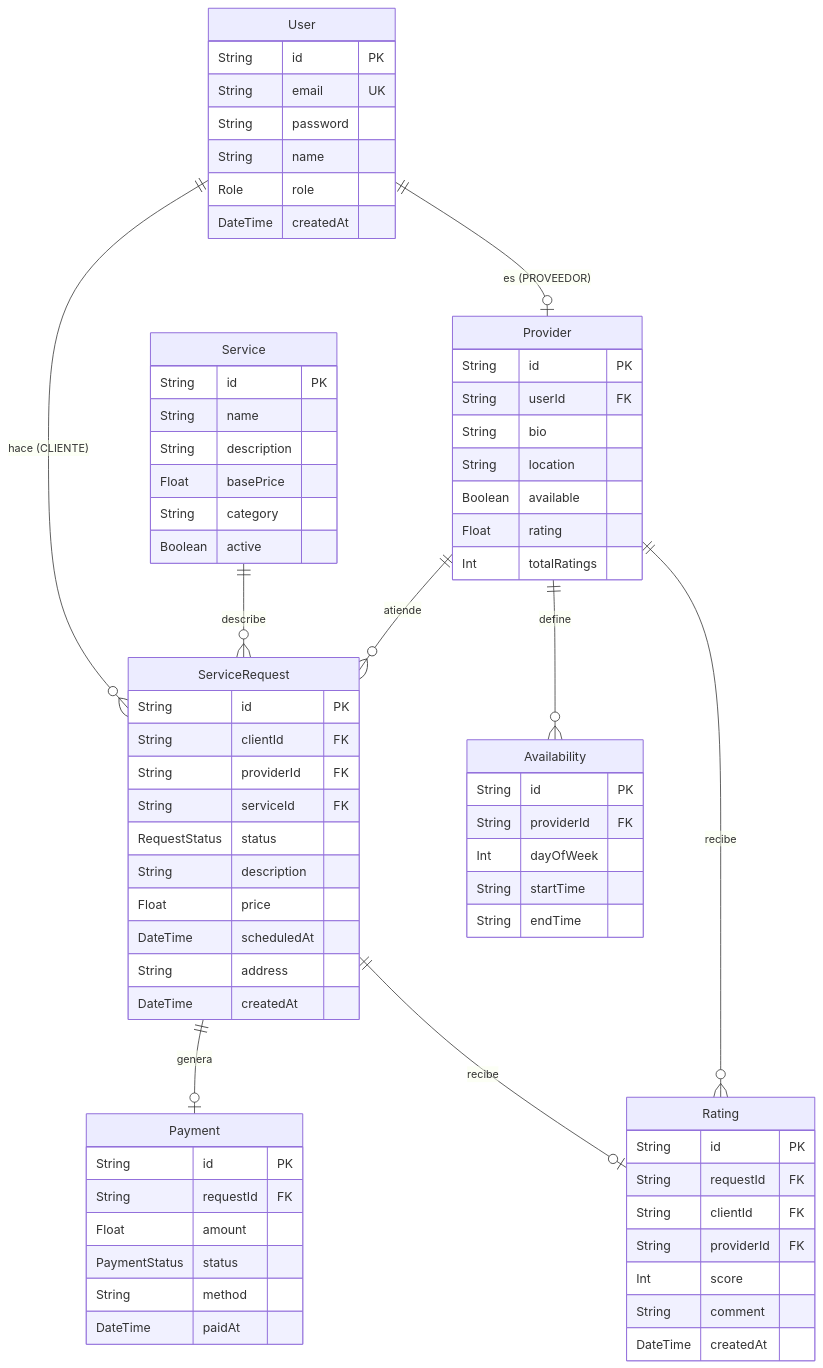
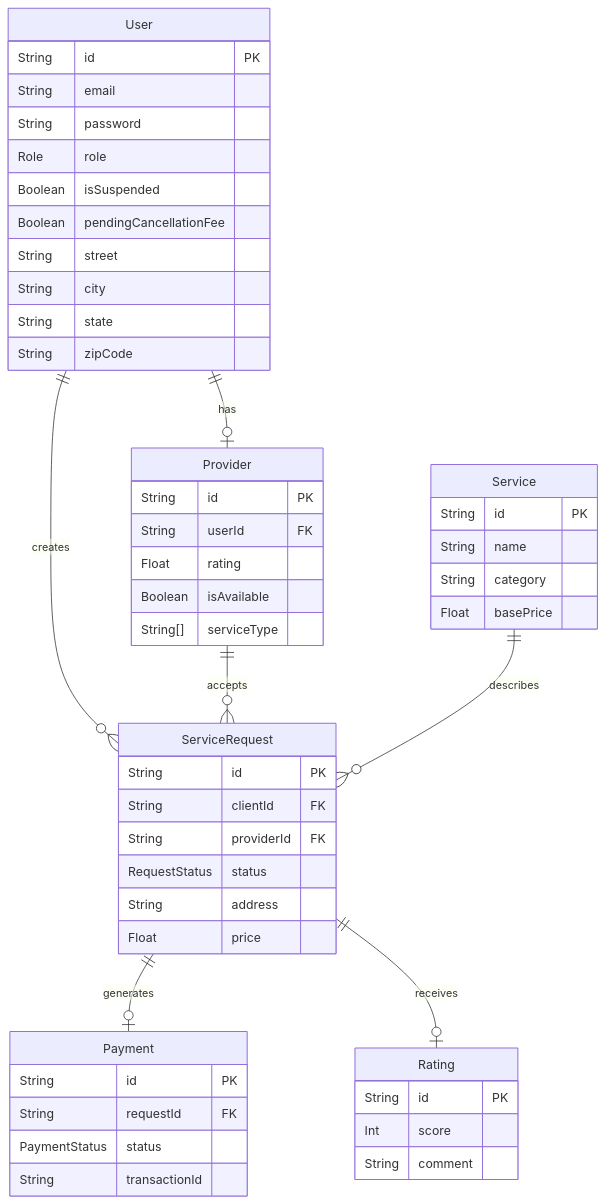
The second of 4 diagrams in servicios-app/README.md (CamiloVe218/e7_backend), drawn with Mermaid before and after one commit. The commit also changed other lines of this file, not shown here.

````diff
--- a/servicios-app/README.md
+++ b/servicios-app/README.md
@@ -75,73 +112,59 @@
 ```mermaid
 erDiagram
     User {
         String id PK
-        String email UK
+        String email
         String password
-        String name
         Role role
-        DateTime createdAt
+        Boolean isSuspended
+        Boolean pendingCancellationFee
+        String street
+        String city
+        String state
+        String zipCode
     }
+
     Provider {
         String id PK
         String userId FK
-        String bio
-        String location
-        Boolean available
         Float rating
-        Int totalRatings
+        Boolean isAvailable
+        String[] serviceType
     }
+
     Service {
         String id PK
         String name
-        String description
+        String category
         Float basePrice
-        String category
-        Boolean active
     }
+
     ServiceRequest {
         String id PK
         String clientId FK
         String providerId FK
-        String serviceId FK
         RequestStatus status
-        String description
+        String address
         Float price
-        DateTime scheduledAt
-        String address
-        DateTime createdAt
     }
+
     Payment {
         String id PK
         String requestId FK
-        Float amount
         PaymentStatus status
-        String method
-        DateTime paidAt
+        String transactionId
     }
+
     Rating {
         String id PK
-        String requestId FK
-        String clientId FK
-        String providerId FK
         Int score
         String comment
-        DateTime createdAt
-    }
-    Availability {
-        String id PK
-        String providerId FK
-        Int dayOfWeek
-        String startTime
-        String endTime
     }
 
-    User ||--o{ ServiceRequest : "hace (CLIENTE)"
-    User ||--o| Provider : "es (PROVEEDOR)"
-    Provider ||--o{ ServiceRequest : "atiende"
-    Service ||--o{ ServiceRequest : "describe"
-    ServiceRequest ||--o| Payment : "genera"
-    ServiceRequest ||--o| Rating : "recibe"
-    Provider ||--o{ Availability : "define"
-    Provider ||--o{ Rating : "recibe"
+    User ||--o{ ServiceRequest : creates
+    Provider ||--o{ ServiceRequest : accepts
+    Service ||--o{ ServiceRequest : describes
+    ServiceRequest ||--o| Payment : generates
+    ServiceRequest ||--o| Rating : receives
+    User ||--o| Provider : has
 ```
````
